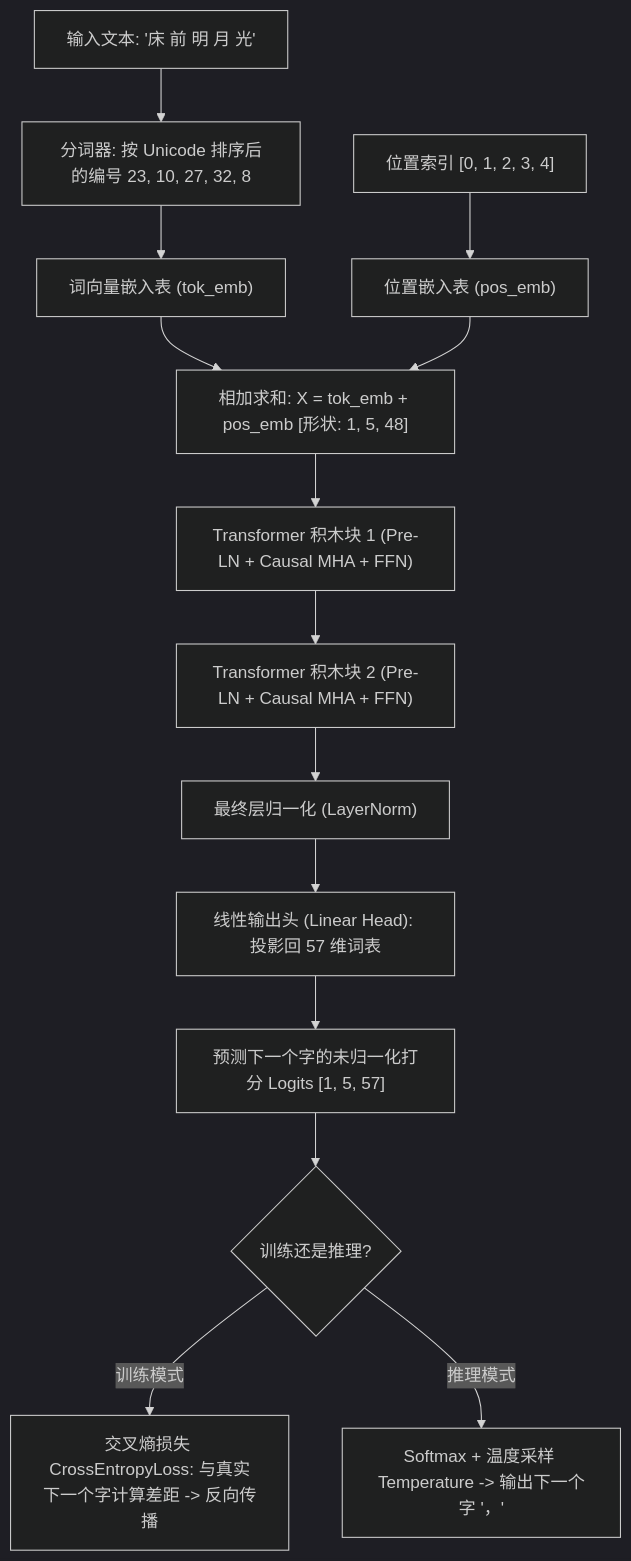
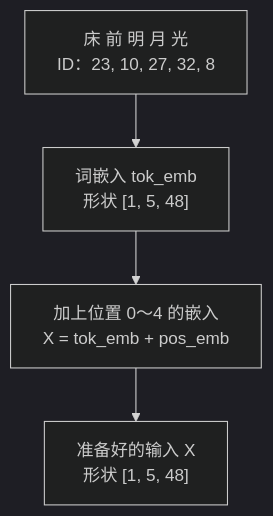
Before and after one commit to cluster1900/zero2llm: the first of 3 diagrams in chapters/08_baby_transformer.md, drawn with Mermaid (dark theme). The commit also changed other lines of this file and 74 other files, not shown here.

Commit message:
Fix EPUB flowcharts and refresh reading downloads [refresh-release]

````diff
--- a/chapters/08_baby_transformer.md
+++ b/chapters/08_baby_transformer.md
@@ -38,18 +40,8 @@
 ```mermaid
 flowchart TD
-    A["输入文本: '床 前 明 月 光'"] --> B["分词器: 按 Unicode 排序后的编号 23, 10, 27, 32, 8"]
-    B --> C["词向量嵌入表 (tok_emb)"]
-    D["位置索引 [0, 1, 2, 3, 4]"] --> E["位置嵌入表 (pos_emb)"]
-    C & E --> F["相加求和: X = tok_emb + pos_emb [形状: 1, 5, 48]"]
-    
-    F --> G["Transformer 积木块 1 (Pre-LN + Causal MHA + FFN)"]
-    G --> H["Transformer 积木块 2 (Pre-LN + Causal MHA + FFN)"]
-    
-    H --> I["最终层归一化 (LayerNorm)"]
-    I --> J["线性输出头 (Linear Head): 投影回 57 维词表"]
-    J --> K["预测下一个字的未归一化打分 Logits [1, 5, 57]"]
-    
-    K --> L{"训练还是推理?"}
-    L -- "训练模式" --> M["交叉熵损失 CrossEntropyLoss: 与真实下一个字计算差距 -> 反向传播"]
-    L -- "推理模式" --> N["Softmax + 温度采样 Temperature -> 输出下一个字 '，'"]
+    accTitle: Baby-GPT 第一段：准备输入
+    accDescr: 床前明月光的编号是 23、10、27、32、8。词嵌入与五个位置的嵌入相加，得到 1 乘 5 乘 48 的张量。
+    A["床 前 明 月 光<br/>ID：23, 10, 27, 32, 8"] --> B["词嵌入 tok_emb<br/>形状 [1, 5, 48]"]
+    B --> C["加上位置 0～4 的嵌入<br/>X = tok_emb + pos_emb"]
+    C --> D["准备好的输入 X<br/>形状 [1, 5, 48]"]
 ```
````
